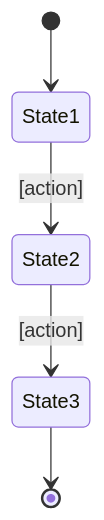
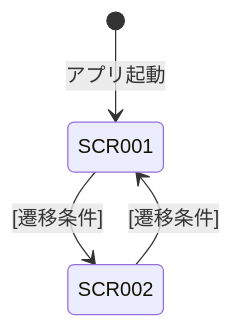
One commit to nishio-n0522/test_updated_sdd changed the third of 4 diagrams in .claude/skills/functional-design/template.md. Above: the diagram before and after it, drawn with Mermaid. The commit also changed other lines of this file and 3 other files, not shown here.

````diff
--- a/.claude/skills/functional-design/template.md
+++ b/.claude/skills/functional-design/template.md
@@ -112,7 +84,6 @@
 ```mermaid
 stateDiagram-v2
-    [*] --> State1
-    State1 --> State2: [action]
-    State2 --> State3: [action]
-    State3 --> [*]
+    [*] --> SCR001: アプリ起動
+    SCR001 --> SCR002: [遷移条件]
+    SCR002 --> SCR001: [遷移条件]
 ```
````
